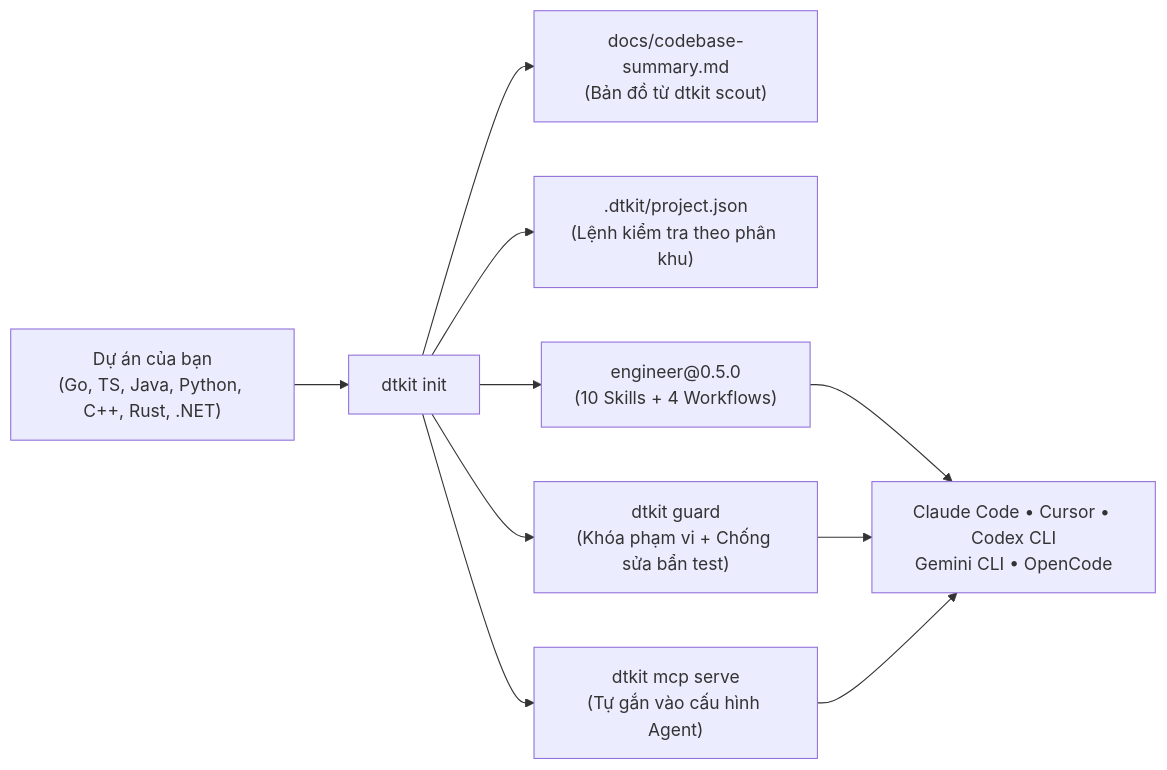
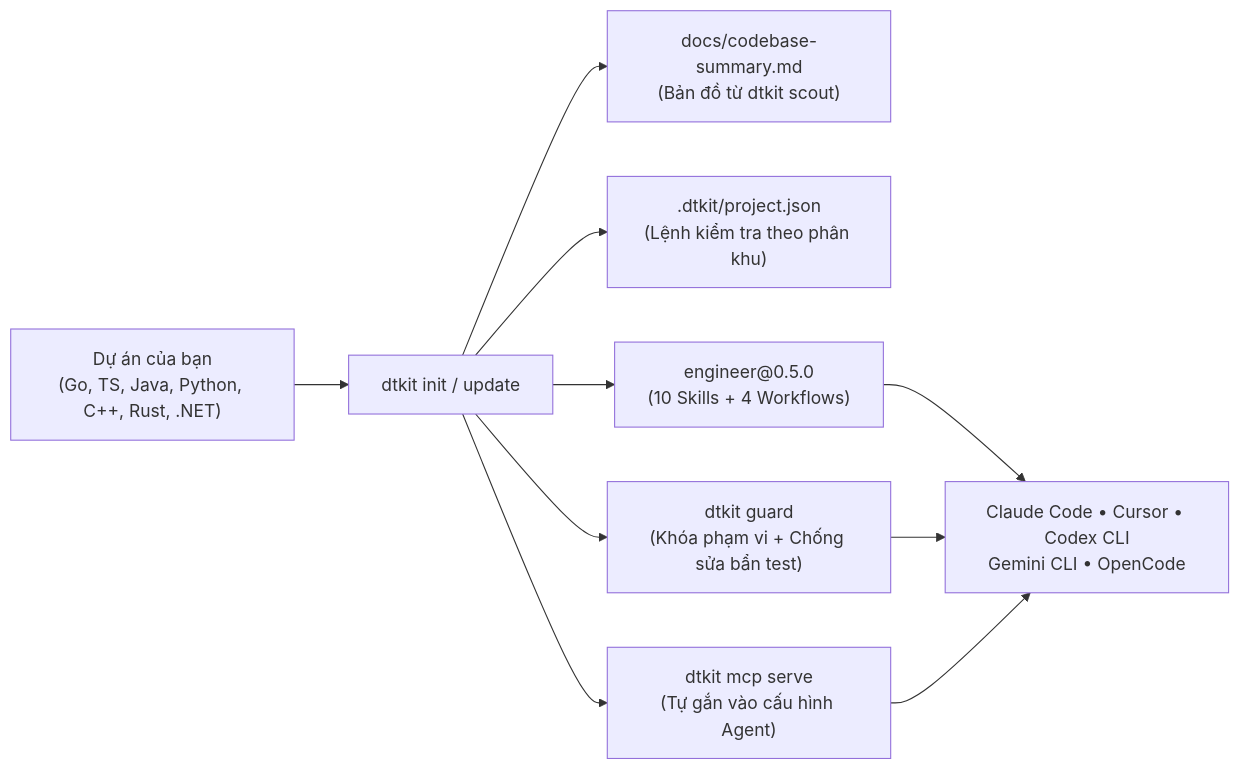
One commit to truong-newbie/Agent_Kit_Impl changed the first of 2 diagrams in docs/guide.vi.md. Above: the diagram before and after it, drawn with Mermaid. The commit also changed other lines of this file and 3 other files, not shown here.

````diff
--- a/docs/guide.vi.md
+++ b/docs/guide.vi.md
@@ -17,12 +26,12 @@
 ```mermaid
 flowchart LR
-    Repo["Dự án của bạn\n(Go, TS, Java, Python, C++, Rust, .NET)"] --> Init["dtkit init"]
+    Repo["Dự án của bạn\n(Go, TS, Java, Python, C++, Rust, .NET)"] --> Init["dtkit init / update"]
     Init --> Scout["docs/codebase-summary.md\n(Bản đồ từ dtkit scout)"]
     Init --> Prof[".dtkit/project.json\n(Lệnh kiểm tra theo phân khu)"]
     Init --> Kit["engineer@0.5.0\n(10 Skills + 4 Workflows)"]
     Init --> Guard["dtkit guard\n(Khóa phạm vi + Chống sửa bẩn test)"]
     Init --> MCP["dtkit mcp serve\n(Tự gắn vào cấu hình Agent)"]
     Kit --> Agents["Claude Code • Cursor • Codex CLI\nGemini CLI • OpenCode"]
     Guard --> Agents
     MCP --> Agents
 ```
````
